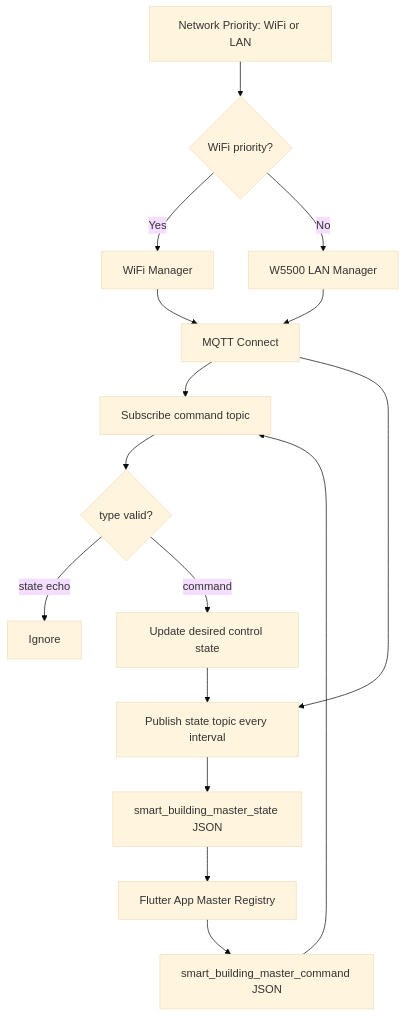
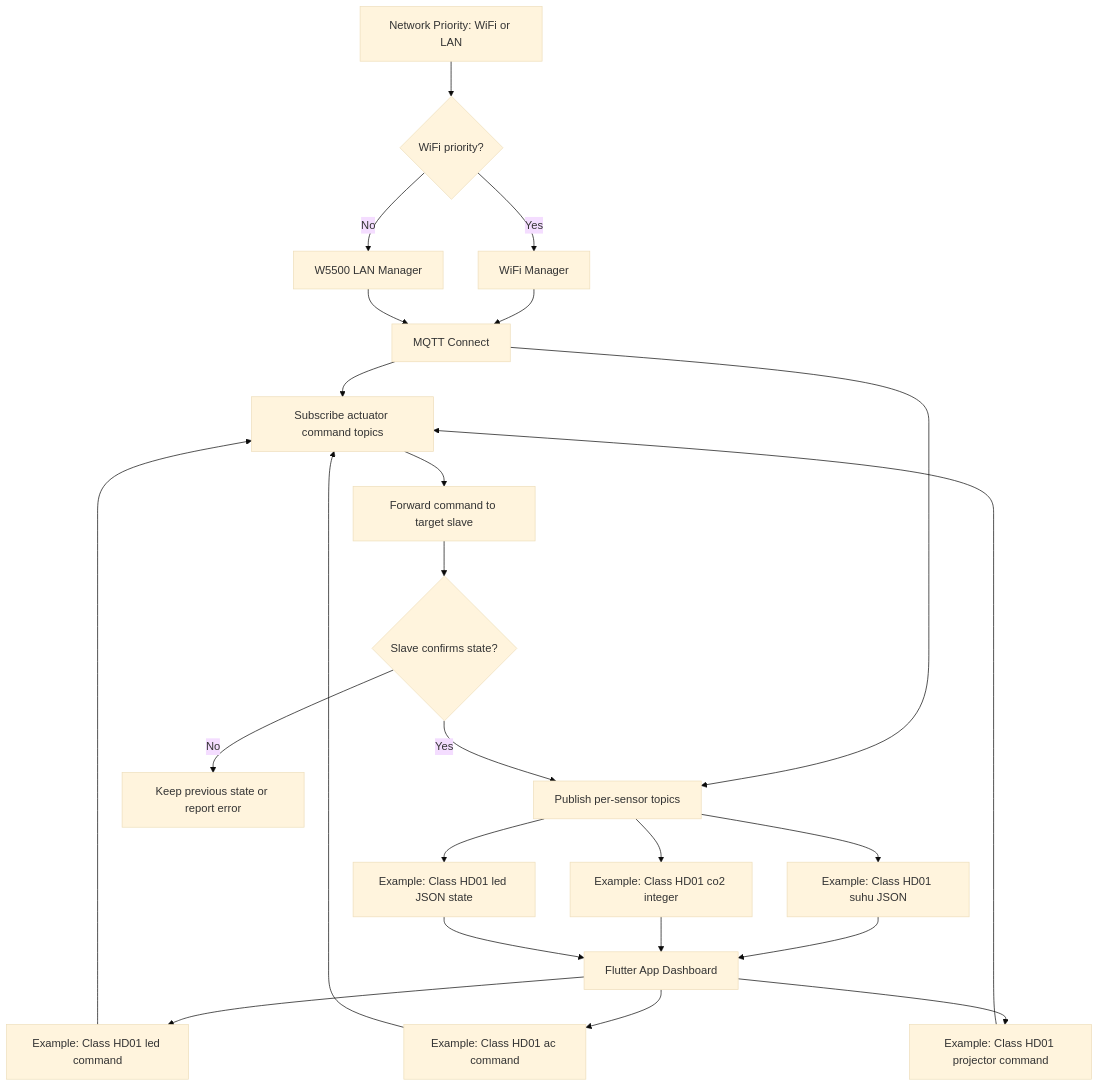
The second of 3 diagrams in README.md (hazzma/smartbuilding-Serial-Master), drawn with Mermaid (base theme) before and after one commit. The commit also changed other lines of this file and 19 other files, not shown here.

````diff
--- a/README.md
+++ b/README.md
@@ -78,20 +104,31 @@
 ```mermaid
+%% EDIT_TARGET: README.md - Connectivity Flow MQTT
+%% EDIT_PURPOSE: Document Firmware V2 per-topic MQTT publish and actuator command flow
+%% EDIT_REASON: Firmware V2 separates sensor topics, actuator commands, and confirmed state synchronization
 flowchart TD
     NetPriority[Network Priority: WiFi or LAN] --> WiFiPath{WiFi priority?}
     WiFiPath -->|Yes| WiFi[WiFi Manager]
     WiFiPath -->|No| LAN[W5500 LAN Manager]
     WiFi --> MQTTConnect[MQTT Connect]
     LAN --> MQTTConnect
-    MQTTConnect --> Subscribe[Subscribe command topic]
-    MQTTConnect --> Publish[Publish state topic every interval]
+    MQTTConnect --> Subscribe[Subscribe actuator command topics]
+    MQTTConnect --> Publish[Publish per-sensor topics]
 
-    Publish --> StateJson[smart_building_master_state JSON]
-    StateJson --> Flutter[Flutter App Master Registry]
+    Publish --> TempTopic["Example: Class HD01 suhu JSON"]
+    Publish --> CO2Topic["Example: Class HD01 co2 integer"]
+    Publish --> LEDTopic["Example: Class HD01 led JSON state"]
+    TempTopic --> Flutter[Flutter App Dashboard]
+    CO2Topic --> Flutter
+    LEDTopic --> Flutter
 
-    Flutter --> CommandJson[smart_building_master_command JSON]
-    CommandJson --> Subscribe
-    Subscribe --> FilterType{type valid?}
-    FilterType -->|state echo| Ignore[Ignore]
-    FilterType -->|command| ApplyCommand[Update desired control state]
-    ApplyCommand --> Publish
+    Flutter --> LEDCommand["Example: Class HD01 led command"]
+    Flutter --> ACCommand["Example: Class HD01 ac command"]
+    Flutter --> ProjectorCommand["Example: Class HD01 projector command"]
+    LEDCommand --> Subscribe
+    ACCommand --> Subscribe
+    ProjectorCommand --> Subscribe
+    Subscribe --> Forward[Forward command to target slave]
+    Forward --> Confirm{Slave confirms state?}
+    Confirm -->|Yes| Publish
+    Confirm -->|No| RetryOrError[Keep previous state or report error]
 ```
````
